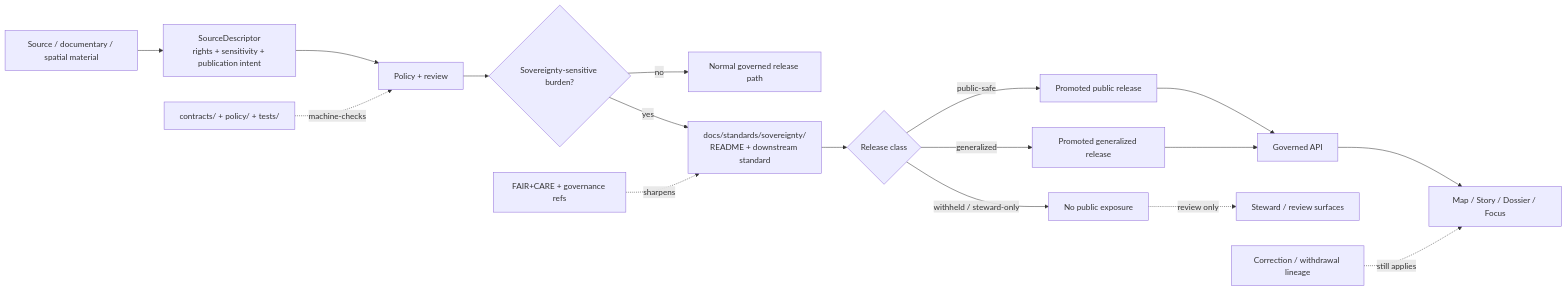
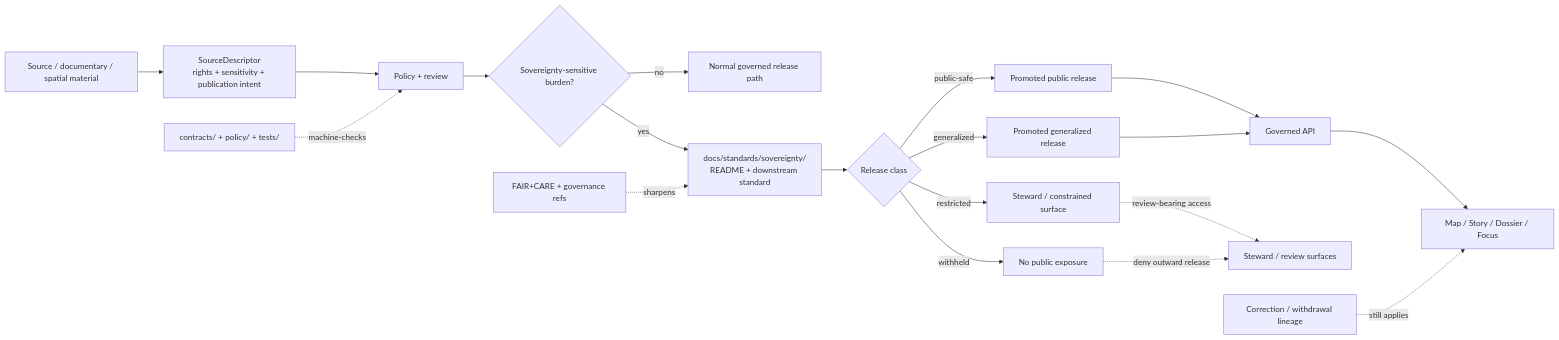
The diagram in docs/standards/sovereignty/README.md (bartytime4life/Kansas-Frontier-Matrix), drawn with Mermaid before and after one commit. The commit also changed other lines of this file, not shown here.

````diff
--- a/docs/standards/sovereignty/README.md
+++ b/docs/standards/sovereignty/README.md
@@ -222,23 +235,25 @@
 ```mermaid
 flowchart LR
     A[Source / documentary / spatial material] --> B[SourceDescriptor<br/>rights + sensitivity + publication intent]
     B --> C[Policy + review]
     C --> D{Sovereignty-sensitive burden?}
 
     D -->|no| E[Normal governed release path]
     D -->|yes| F[docs/standards/sovereignty/<br/>README + downstream standard]
 
     F --> G{Release class}
     G -->|public-safe| H[Promoted public release]
     G -->|generalized| I[Promoted generalized release]
-    G -->|withheld / steward-only| J[No public exposure]
+    G -->|restricted| J[Steward / constrained surface]
+    G -->|withheld| K[No public exposure]
 
-    H --> K[Governed API]
-    I --> K
-    K --> L[Map / Story / Dossier / Focus]
-    J -.review only.-> M[Steward / review surfaces]
+    H --> L[Governed API]
+    I --> L
+    L --> M[Map / Story / Dossier / Focus]
+    J -.review-bearing access.-> N[Steward / review surfaces]
+    K -.deny outward release.-> N
 
-    N[FAIR+CARE + governance refs] -.sharpens.-> F
-    O[contracts/ + policy/ + tests/] -.machine-checks.-> C
-    P[Correction / withdrawal lineage] -.still applies.-> L
+    O[FAIR+CARE + governance refs] -.sharpens.-> F
+    P[contracts/ + policy/ + tests/] -.machine-checks.-> C
+    Q[Correction / withdrawal lineage] -.still applies.-> M
 ```
````
